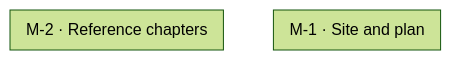
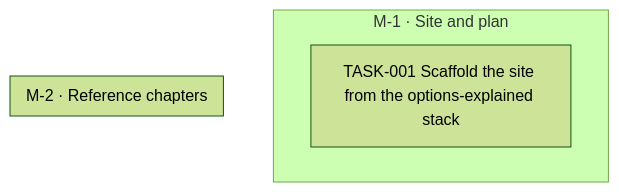
Before and after one commit to all-explained/empirical-finance-lbs: the diagram in goals/course-site/README.md, drawn with Mermaid (forest theme). The commit also changed 1 other file, not shown here.

Commit message:
goal(course-site): add TASK-001 Scaffold the site from the options-explained stack

````diff
--- a/goals/course-site/README.md
+++ b/goals/course-site/README.md
@@ -19,10 +19,11 @@
 ```mermaid
 flowchart TD
   subgraph M_1["M-1 · Site and plan"]
+    TASK_001["TASK-001 Scaffold the site from the options-explained stack"]
   end
   subgraph M_2["M-2 · Reference chapters"]
   end
   classDef draft stroke-dasharray: 4 3
   classDef cancelled opacity:0.45
   classDef decision fill:#f3e8ff,stroke:#7c3aed
 ```
````
